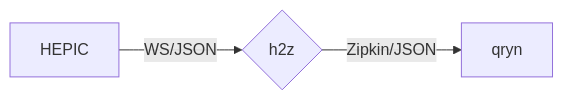
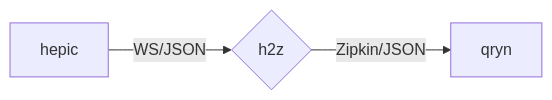
Before and after one commit to hepictel/h2Z: the diagram in README.md, drawn with Mermaid.

````diff
--- a/README.md
+++ b/README.md
@@ -5,6 +5,6 @@
 ```mermaid
 flowchart LR
 
-A[HEPIC] -->|WS/JSON| C{h2z}
+A[hepic] -->|WS/JSON| C{h2z}
 C -->|Zipkin/JSON| D[qryn]
 ```
````
